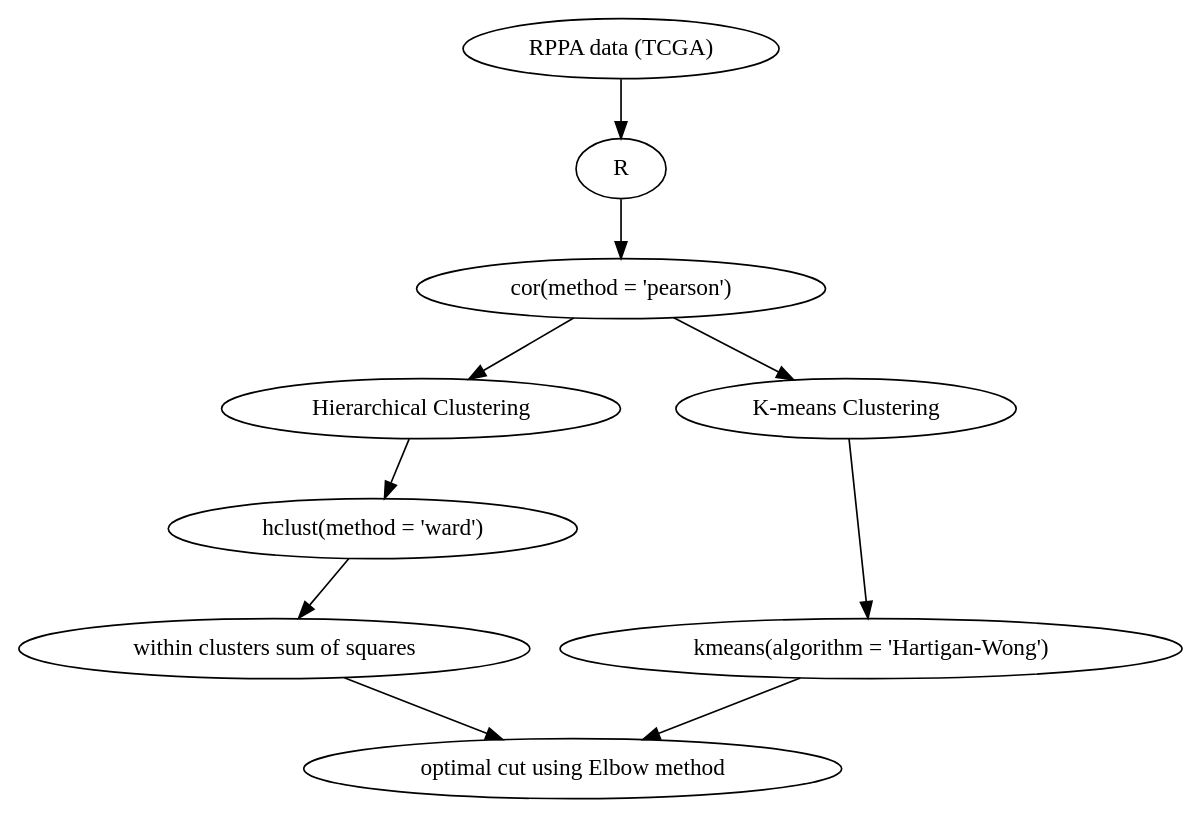
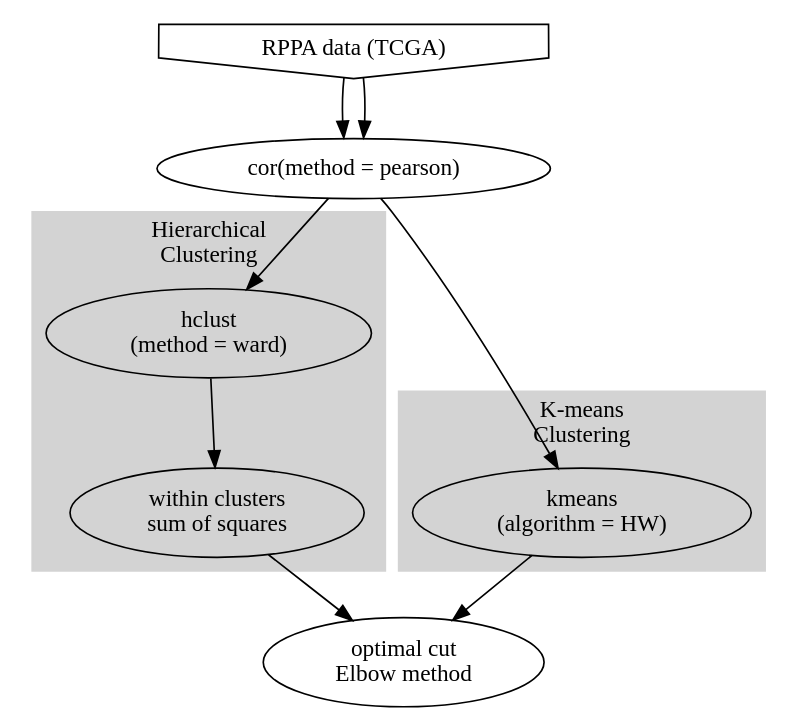
The diagram in bioinformatics/rppa/README.rst (bedatadriven/renjin-benchmarks), drawn with Graphviz before and after one commit.

Commit message:
add RPPA workflow diagram

```diff
--- a/bioinformatics/rppa/README.rst
+++ b/bioinformatics/rppa/README.rst
@@ -28,14 +28,30 @@
 .. graphviz::
    :caption: RPPA workflow
 
-   digraph workflow {
-      "RPPA data (TCGA)" -> "R";
-      "R" -> "cor(method = 'pearson')";
-      "cor(method = 'pearson')" -> "Hierarchical Clustering";
-      "Hierarchical Clustering" -> "hclust(method = 'ward')";
-      "hclust(method = 'ward')" -> "within clusters sum of squares";
-      "within clusters sum of squares" -> "optimal cut using Elbow method";
-      "cor(method = 'pearson')" -> "K-means Clustering";
-      "K-means Clustering" -> "kmeans(algorithm = 'Hartigan-Wong')";
-      "kmeans(algorithm = 'Hartigan-Wong')" -> "optimal cut using Elbow method";
+    digraph RPPA_workflow {
+      Data [shape = invhouse, label = "RPPA data (TCGA)"];
+      cor_pearson [label = "cor(method = pearson)"];
+      hclust_ward [label = "hclust\n(method = ward)"];
+      within_ss [label = "within clusters\nsum of squares"];
+      elbow [label = "optimal cut\nElbow method"];
+      kmeans_hart [label = "kmeans\n(algorithm = HW)"];
+
+      subgraph cluster_1 {
+         style = filled;
+         color = lightgrey;
+         hclust_ward -> within_ss;
+         label = "Hierarchical\nClustering";
+      }
+
+      subgraph cluster_2 {
+         style = filled;
+         color = lightgrey;
+         kmeans_hart;
+         label = "K-means\nClustering";
+      }
+
+      Data -> cor_pearson -> hclust_ward;
+      Data -> cor_pearson -> kmeans_hart;
+      within_ss -> elbow;
+      kmeans_hart -> elbow;
    }
```
